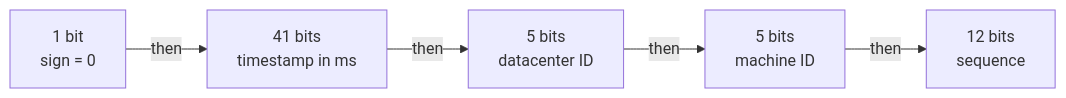
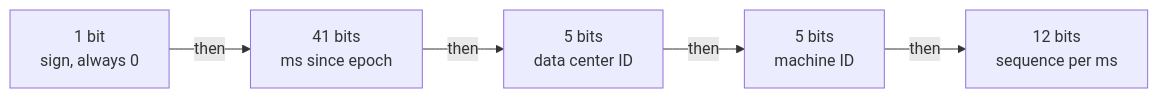
The diagram in hld/21-unique-id-generator.md (aaryan-pradhan/core-cs-fundamentals), drawn with Mermaid before and after one commit. The commit also changed other lines of this file, not shown here.

````diff
--- a/hld/21-unique-id-generator.md
+++ b/hld/21-unique-id-generator.md
@@ -114,7 +28,7 @@
 ```mermaid
 flowchart LR
-    S["1 bit<br/>sign = 0"] -->|"then"| T["41 bits<br/>timestamp in ms"]
-    T -->|"then"| D["5 bits<br/>datacenter ID"]
+    S["1 bit<br/>sign, always 0"] -->|"then"| T["41 bits<br/>ms since epoch"]
+    T -->|"then"| D["5 bits<br/>data center ID"]
     D -->|"then"| M["5 bits<br/>machine ID"]
-    M -->|"then"| Q["12 bits<br/>sequence"]
+    M -->|"then"| Q["12 bits<br/>sequence per ms"]
 ```
````
